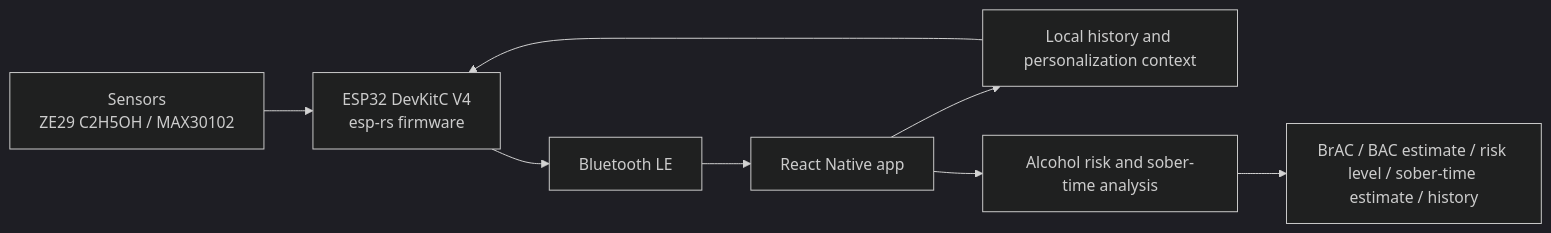
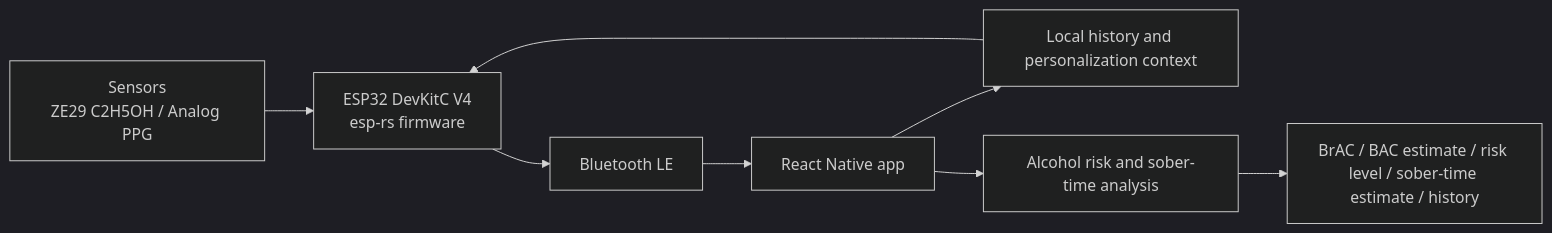
One commit to insd47/Drunksafe changed the diagram in README.md. Above: the diagram before and after it, drawn with Mermaid (dark theme). The commit also changed other lines of this file and 2 other files, not shown here.

````diff
--- a/README.md
+++ b/README.md
@@ -40,10 +40,10 @@
 ```mermaid
 flowchart LR
-    Sensors["Sensors\nZE29 C2H5OH / MAX30102"] --> Firmware["ESP32 DevKitC V4\nesp-rs firmware"]
+    Sensors["Sensors\nZE29 C2H5OH / Analog PPG"] --> Firmware["ESP32 DevKitC V4\nesp-rs firmware"]
     Firmware --> BLE["Bluetooth LE"]
     BLE --> App["React Native app"]
     App --> History["Local history and personalization context"]
     History --> Firmware
     App --> Analysis["Alcohol risk and sober-time analysis"]
     Analysis --> Output["BrAC / BAC estimate / risk level / sober-time estimate / history"]
 ```
````
